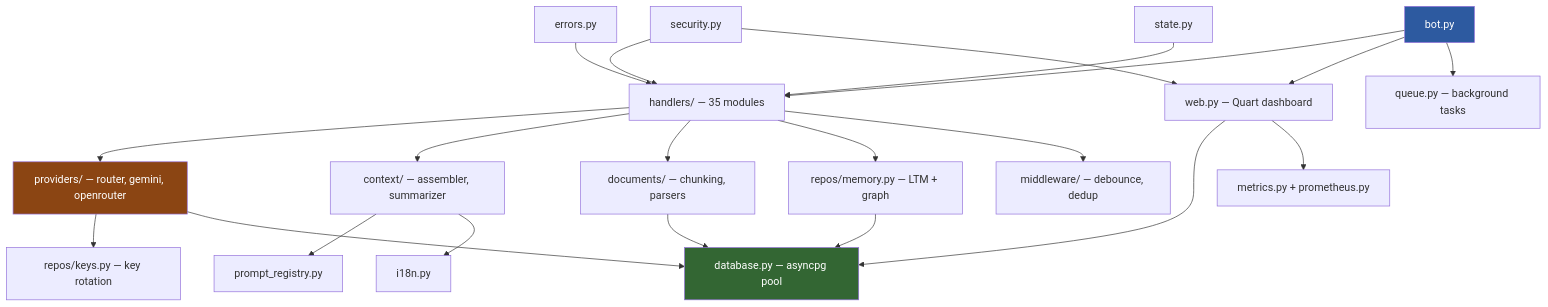
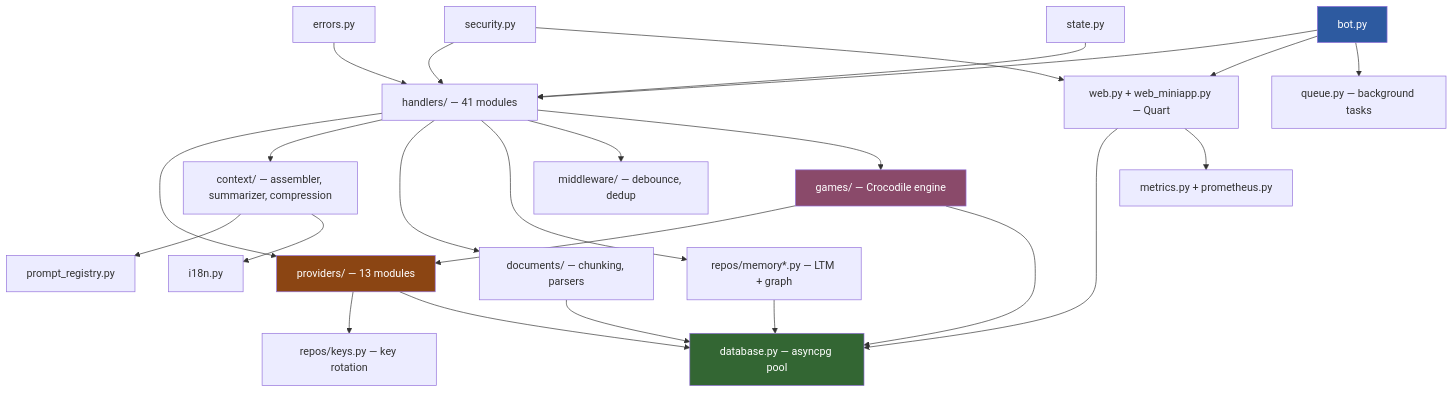
Before and after one commit to Le-Who/Bobby-Botique: the diagram in docs/ARCHITECTURE.md, drawn with Mermaid. The commit also changed other lines of this file and 4 other files, not shown here.

Commit message:
docs: update project documentation, add architecture overview, and refine provider/middleware descriptions

````diff
--- a/docs/ARCHITECTURE.md
+++ b/docs/ARCHITECTURE.md
@@ -257,32 +345,36 @@
 ```mermaid
 graph TD
-    BOT[bot.py] --> HANDLERS[handlers/ — 35 modules]
-    BOT --> WEB[web.py — Quart dashboard]
+    BOT[bot.py] --> HANDLERS["handlers/ — 41 modules"]
+    BOT --> WEB["web.py + web_miniapp.py — Quart"]
     BOT --> QUEUE[queue.py — background tasks]
 
-    HANDLERS --> PROVIDERS[providers/ — router, gemini, openrouter]
-    HANDLERS --> CTX[context/ — assembler, summarizer]
+    HANDLERS --> PROVIDERS["providers/ — 13 modules"]
+    HANDLERS --> CTX["context/ — assembler, summarizer, compression"]
     HANDLERS --> DOCS[documents/ — chunking, parsers]
-    HANDLERS --> MEMORY[repos/memory.py — LTM + graph]
-    HANDLERS --> MIDDLEWARE[middleware/ — debounce, dedup]
+    HANDLERS --> MEMORY["repos/memory*.py — LTM + graph"]
+    HANDLERS --> MIDDLEWARE["middleware/ — debounce, dedup"]
+    HANDLERS --> GAMES["games/ — Crocodile engine"]
 
     PROVIDERS --> KEYS[repos/keys.py — key rotation]
     PROVIDERS --> DB[database.py — asyncpg pool]
 
     CTX --> PROMPTS[prompt_registry.py]
     CTX --> I18N[i18n.py]
     DOCS --> DB
     MEMORY --> DB
+    GAMES --> PROVIDERS
+    GAMES --> DB
 
     WEB --> DB
     WEB --> METRICS[metrics.py + prometheus.py]
 
     SECURITY[security.py] --> HANDLERS
     SECURITY --> WEB
     ERRORS[errors.py] --> HANDLERS
     STATE[state.py] --> HANDLERS
 
     style BOT fill:#2d5aa0,color:#fff
     style DB fill:#336633,color:#fff
     style PROVIDERS fill:#8b4513,color:#fff
+    style GAMES fill:#8a4a6a,color:#fff
 ```
````
